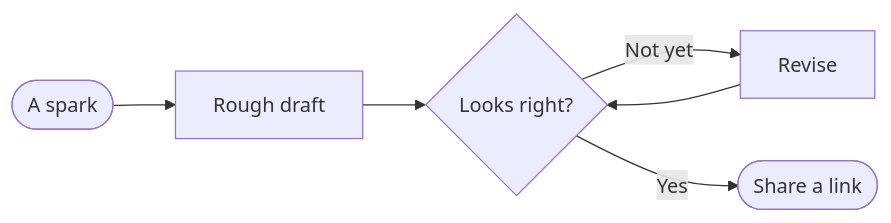
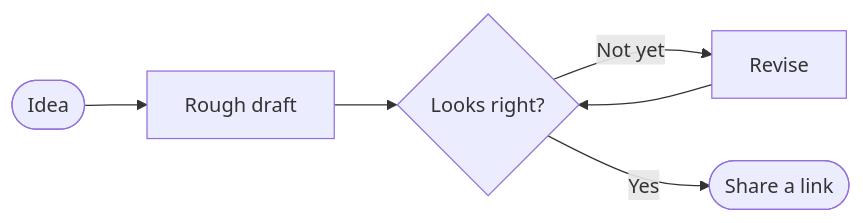
The diagram in src/features/workspace/state/sample.md (AdiRishi/render-md), drawn with Mermaid before and after one commit. The commit also changed other lines of this file and 16 other files, not shown here.

````diff
--- a/src/features/workspace/state/sample.md
+++ b/src/features/workspace/state/sample.md
@@ -69,8 +60,8 @@
 ```mermaid
 flowchart LR
-  Idea([A spark]) --> Draft[Rough draft]
+  Idea([Idea]) --> Draft[Rough draft]
   Draft --> Render{Looks right?}
   Render -->|Not yet| Revise[Revise]
   Revise --> Render
   Render -->|Yes| Share([Share a link])
 ```
````
